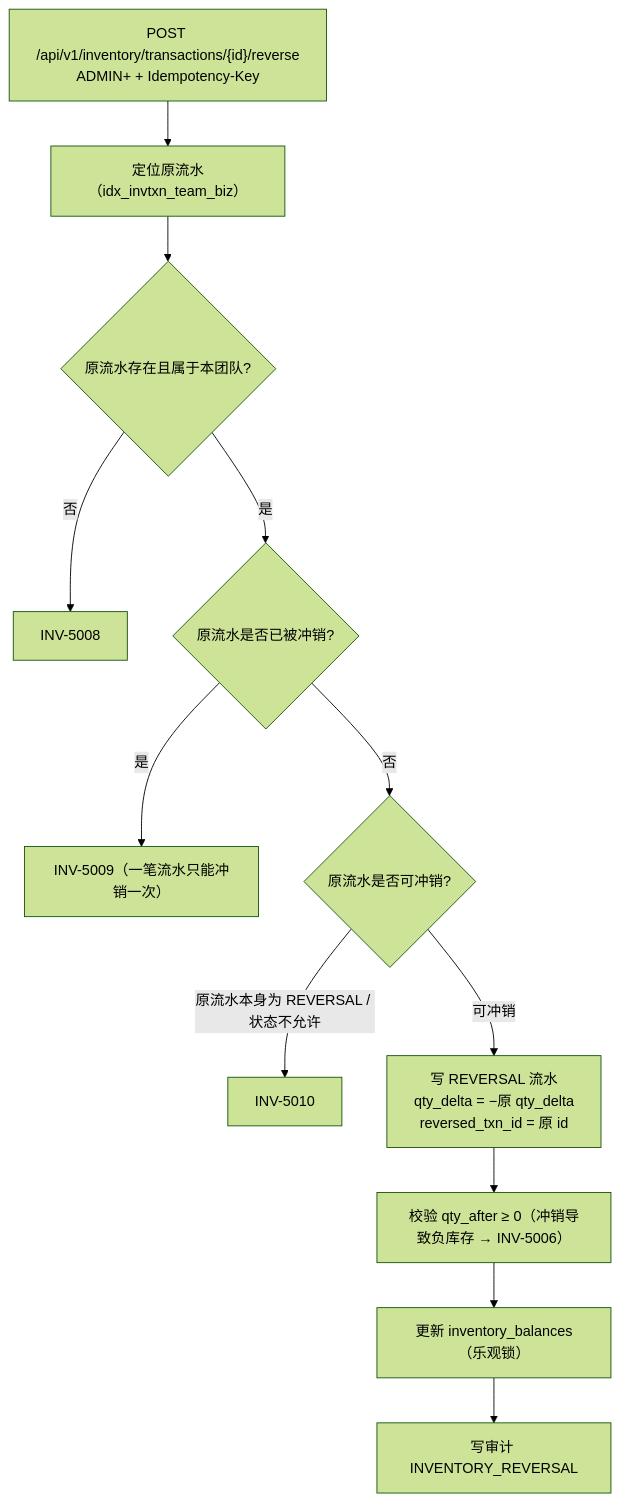
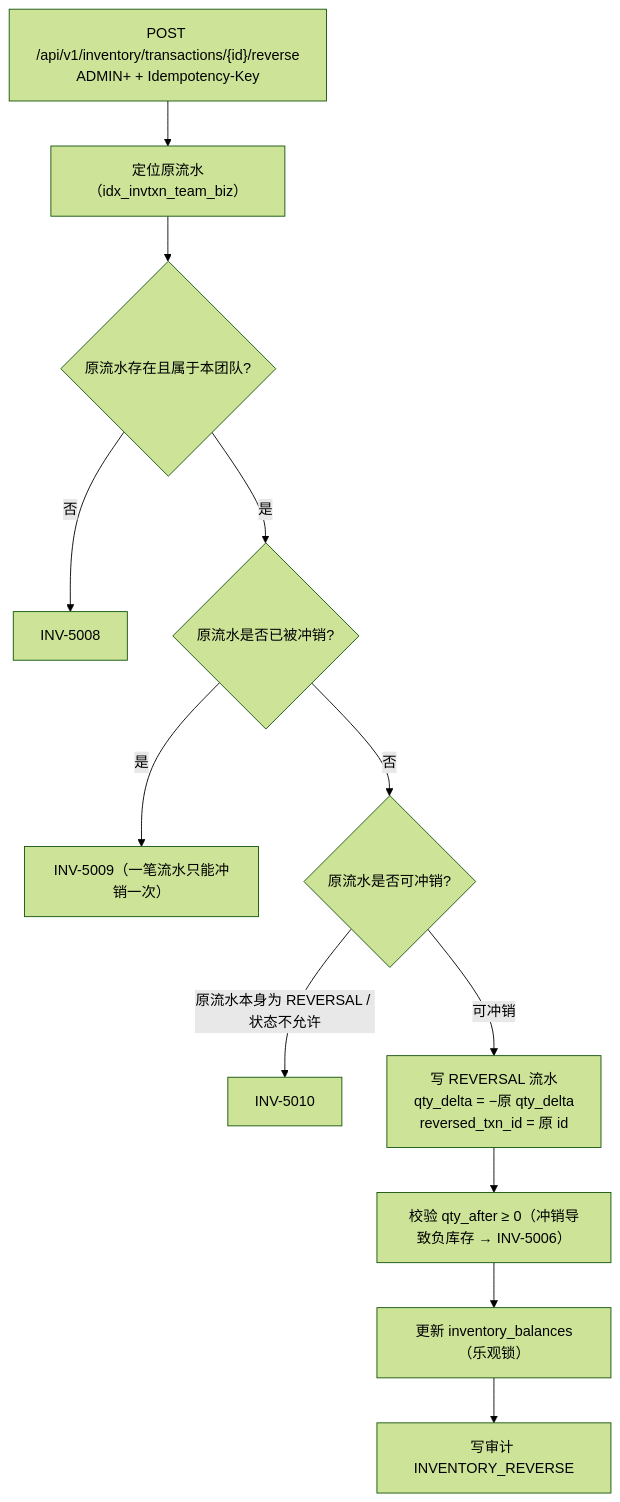
The sixth of 8 diagrams in docs/05-workflows/INVENTORY_WORKFLOW.md (xy98773-jpg/shoppilot-ai), drawn with Mermaid (forest theme) before and after one commit. The commit also changed 8 other files, not shown here.

Commit message:
fix(F-37/F-38): 审计常量改名 INVENTORY_REVERSE / IMPORT_BATCH_FORCE_REIMPORT，补第 35 条 PURCHASE_ORDER_CONFLICT_ACK，计数 34→35

````diff
--- a/docs/05-workflows/INVENTORY_WORKFLOW.md
+++ b/docs/05-workflows/INVENTORY_WORKFLOW.md
@@ -271,14 +271,14 @@
 ```mermaid
 flowchart TD
     A["POST /api/v1/inventory/transactions/{id}/reverse<br/>ADMIN+ + Idempotency-Key"] --> B["定位原流水（idx_invtxn_team_biz）"]
     B --> C{"原流水存在且属于本团队?"}
     C -- "否" --> C1["INV-5008"]
     C -- "是" --> D{"原流水是否已被冲销?"}
     D -- "是" --> D1["INV-5009（一笔流水只能冲销一次）"]
     D -- "否" --> E{"原流水是否可冲销?"}
     E -- "原流水本身为 REVERSAL / 状态不允许" --> E1["INV-5010"]
     E -- "可冲销" --> F["写 REVERSAL 流水<br/>qty_delta = −原 qty_delta<br/>reversed_txn_id = 原 id"]
     F --> G["校验 qty_after ≥ 0（冲销导致负库存 → INV-5006）"]
     G --> H["更新 inventory_balances（乐观锁）"]
-    H --> I["写审计 INVENTORY_REVERSAL"]
+    H --> I["写审计 INVENTORY_REVERSE"]
 ```
````
